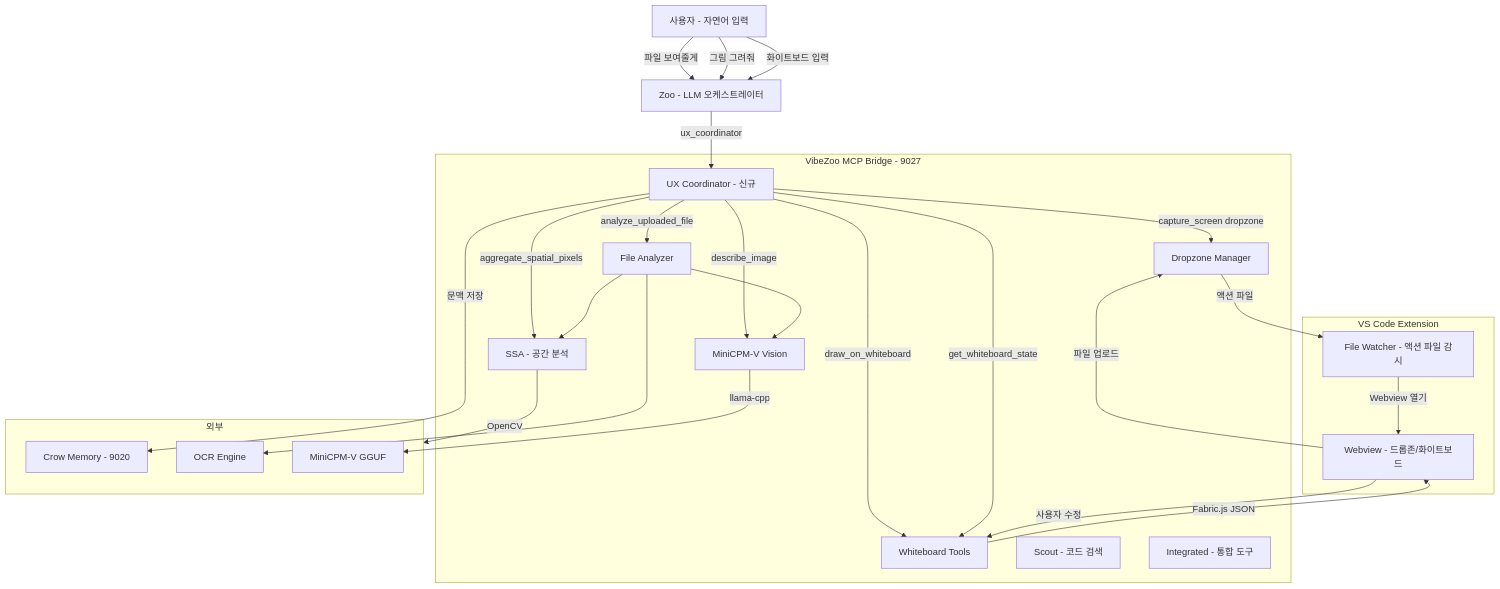
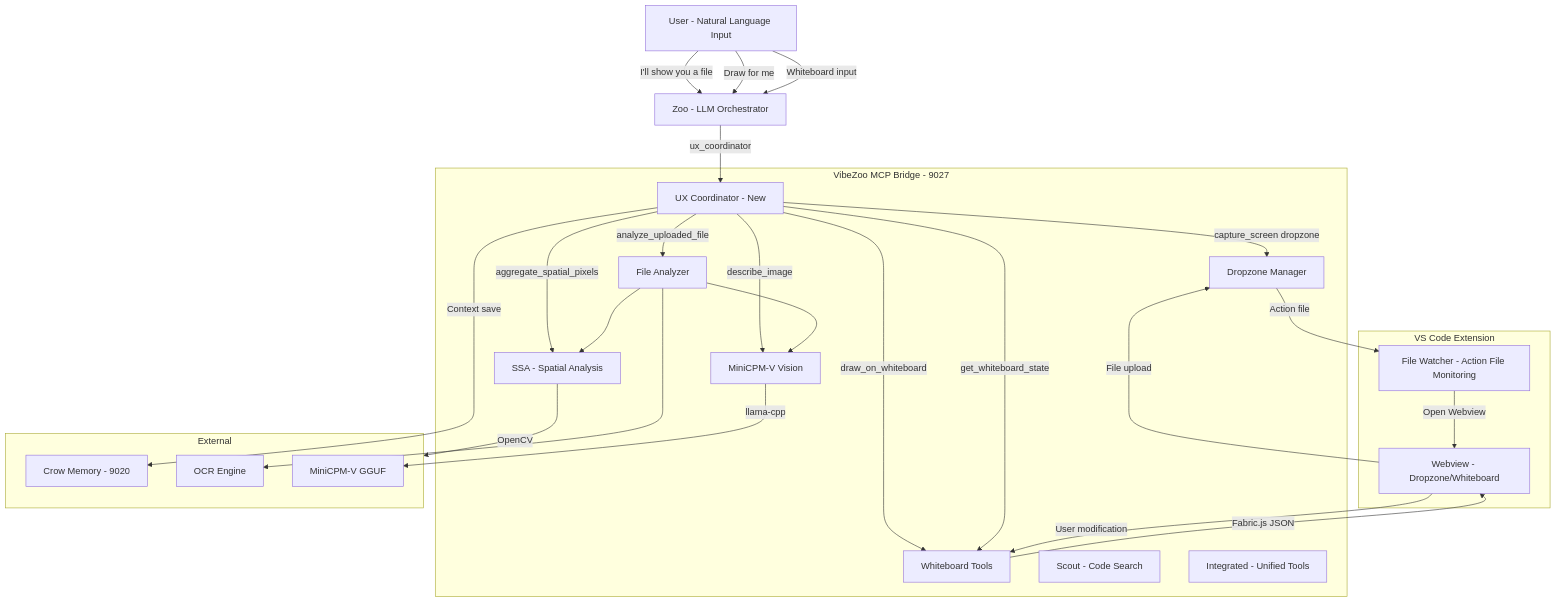
One commit to myk1yt/VibeZoo changed the first of 4 diagrams in plans/ux-workflow-design.md. Above: the diagram before and after it, drawn with Mermaid. The commit also changed other lines of this file and 17 other files, not shown here.

````diff
--- a/plans/ux-workflow-design.md
+++ b/plans/ux-workflow-design.md
@@ -103,54 +103,54 @@
 ```mermaid
 graph TD
-    USER[사용자 - 자연어 입력]
-    ZOO[Zoo - LLM 오케스트레이터]
+    USER[User - Natural Language Input]
+    ZOO[Zoo - LLM Orchestrator]
     
     subgraph MCP_BRIDGE[VibeZoo MCP Bridge - 9027]
-        UX[UX Coordinator - 신규]
+        UX[UX Coordinator - New]
         DZ[Dropzone Manager]
         FA[File Analyzer]
         WB[Whiteboard Tools]
-        SSA[SSA - 공간 분석]
+        SSA[SSA - Spatial Analysis]
         VISION[MiniCPM-V Vision]
-        SCOUT[Scout - 코드 검색]
-        INTEGRATED[Integrated - 통합 도구]
+        SCOUT[Scout - Code Search]
+        INTEGRATED[Integrated - Unified Tools]
     end
     
     subgraph EXT[VS Code Extension]
-        WEBVIEW[Webview - 드롭존/화이트보드]
-        WATCHER[File Watcher - 액션 파일 감시]
+        WEBVIEW[Webview - Dropzone/Whiteboard]
+        WATCHER[File Watcher - Action File Monitoring]
     end
     
-    subgraph EXTERNAL[외부]
+    subgraph EXTERNAL[External]
         CROW[Crow Memory - 9020]
         OCR_ENGINE[OCR Engine]
         LLAMA[MiniCPM-V GGUF]
     end
     
-    USER -->|"파일 보여줄게"| ZOO
-    USER -->|"그림 그려줘"| ZOO
-    USER -->|화이트보드 입력| ZOO
+    USER -->|"I'll show you a file"| ZOO
+    USER -->|"Draw for me"| ZOO
+    USER -->|Whiteboard input| ZOO
     
     ZOO -->|ux_coordinator| UX
     UX -->|capture_screen dropzone| DZ
     UX -->|analyze_uploaded_file| FA
     UX -->|draw_on_whiteboard| WB
     UX -->|get_whiteboard_state| WB
     UX -->|aggregate_spatial_pixels| SSA
     UX -->|describe_image| VISION
     
-    DZ -->|액션 파일| WATCHER
-    WATCHER -->|Webview 열기| WEBVIEW
-    WEBVIEW -->|파일 업로드| DZ
+    DZ -->|Action file| WATCHER
+    WATCHER -->|Open Webview| WEBVIEW
+    WEBVIEW -->|File upload| DZ
     
     FA --> SSA
     FA --> OCR_ENGINE
     FA --> VISION
     SSA -->|OpenCV| EXTERNAL
     VISION -->|llama-cpp| LLAMA
     
     WB -->|Fabric.js JSON| WEBVIEW
-    WEBVIEW -->|사용자 수정| WB
+    WEBVIEW -->|User modification| WB
     
-    UX -->|문맥 저장| CROW
+    UX -->|Context save| CROW
 ```
````
